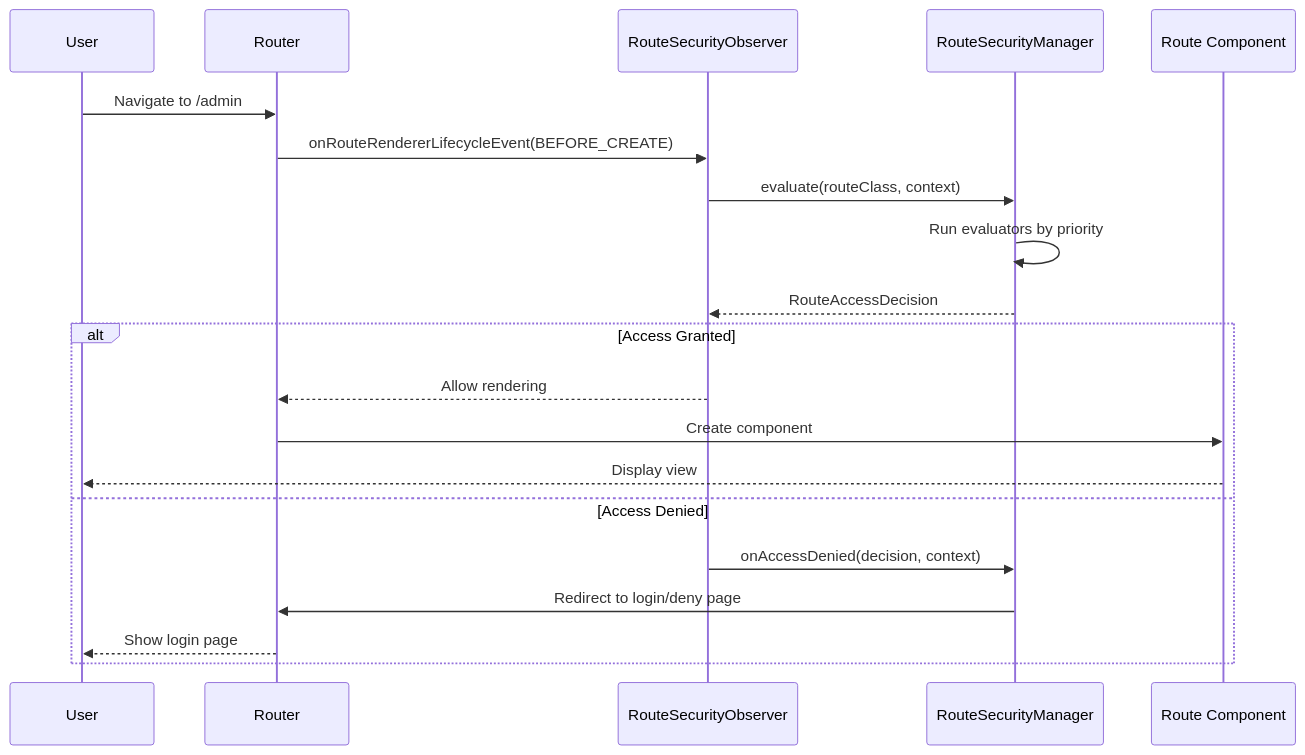
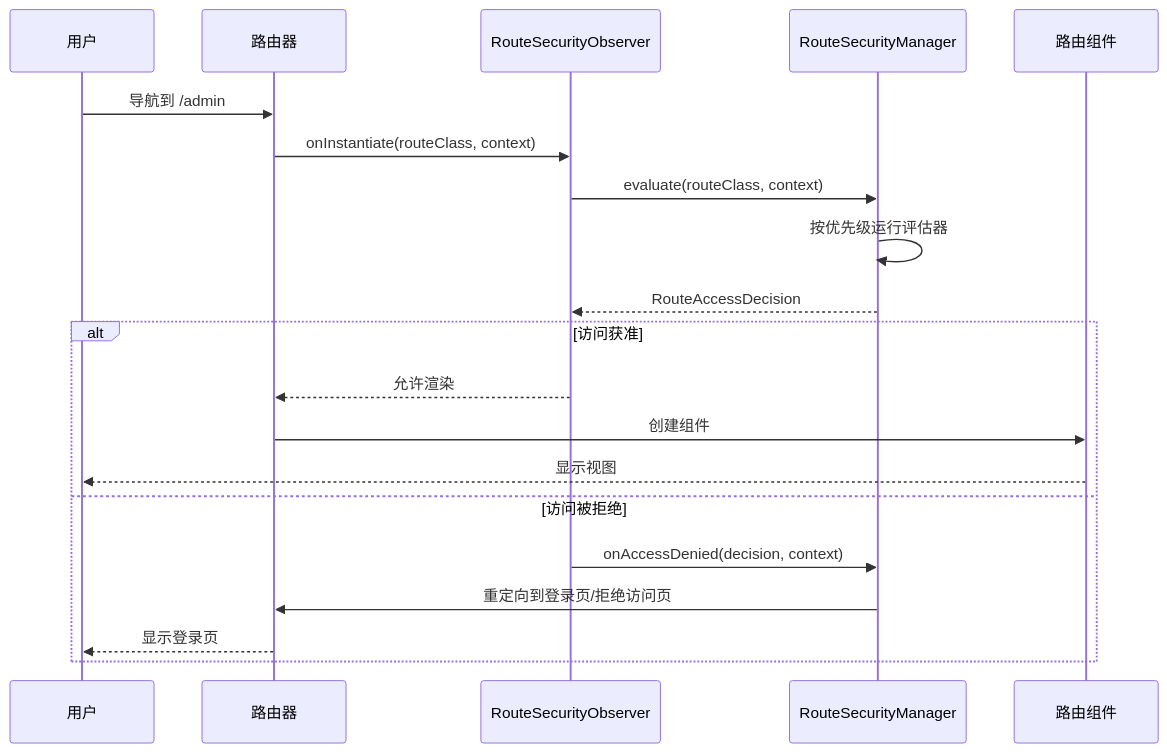
One commit to webforj/webforj-documentation changed the diagram in docs/i18n/zh/docusaurus-plugin-content-docs/current/security/architecture/navigation-flow.md. Above: the diagram before and after it, drawn with Mermaid. The commit also changed other lines of this file and 385 other files, not shown here.

````diff
--- a/docs/i18n/zh/docusaurus-plugin-content-docs/current/security/architecture/navigation-flow.md
+++ b/docs/i18n/zh/docusaurus-plugin-content-docs/current/security/architecture/navigation-flow.md
@@ -33,24 +36,24 @@
 ```mermaid
 sequenceDiagram
-  participant User
-  participant Router
+  participant User as 用户
+  participant Router as 路由器
   participant Observer as RouteSecurityObserver
   participant Manager as RouteSecurityManager
-  participant Component as Route Component
+  participant Component as 路由组件
 
-  User->>Router: Navigate to /admin
-  Router->>Observer: onRouteRendererLifecycleEvent(BEFORE_CREATE)
+  User->>Router: 导航到 /admin
+  Router->>Observer: onInstantiate(routeClass, context)
   Observer->>Manager: evaluate(routeClass, context)
-  Manager->>Manager: Run evaluators by priority
+  Manager->>Manager: 按优先级运行评估器
   Manager-->>Observer: RouteAccessDecision
 
-  alt Access Granted
-    Observer-->>Router: Allow rendering
-    Router->>Component: Create component
-    Component-->>User: Display view
-  else Access Denied
+  alt 访问获准
+    Observer-->>Router: 允许渲染
+    Router->>Component: 创建组件
+    Component-->>User: 显示视图
+  else 访问被拒绝
     Observer->>Manager: onAccessDenied(decision, context)
-    Manager->>Router: Redirect to login/deny page
-    Router-->>User: Show login page
+    Manager->>Router: 重定向到登录页/拒绝访问页
+    Router-->>User: 显示登录页
   end
 ```
````
